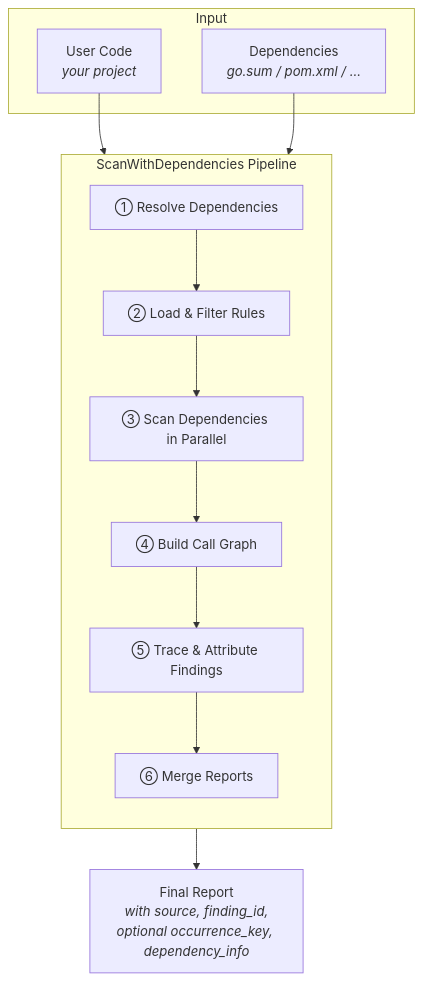
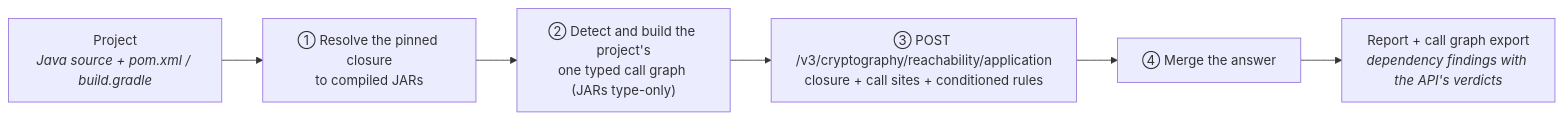
One commit to scanoss/crypto-finder changed the diagram in docs/DEPENDENCY_SCANNING.md. Above: the diagram before and after it, drawn with Mermaid. The commit also changed other lines of this file and 2511 other files, not shown here.

````diff
--- a/docs/DEPENDENCY_SCANNING.md
+++ b/docs/DEPENDENCY_SCANNING.md
@@ -11,24 +11,8 @@
 ```mermaid
-flowchart TB
-    subgraph Input
-        UC[User Code<br/><i>your project</i>]
-        DEP[Dependencies<br/><i>go.sum / pom.xml / ...</i>]
-    end
-
-    subgraph Pipeline["ScanWithDependencies Pipeline"]
-        direction TB
-        S1["① Resolve Dependencies"]
-        S2["② Load & Filter Rules"]
-        S3["③ Scan Dependencies in Parallel"]
-        S4["④ Build Call Graph"]
-        S5["⑤ Trace & Attribute Findings"]
-        S6["⑥ Merge Reports"]
-
-        S1 --> S2 --> S3 --> S4 --> S5 --> S6
-    end
-
-    UC --> S1
-    DEP --> S1
-
-    S6 --> OUT[Final Report<br/><i>with source, finding_id,<br/>optional occurrence_key, dependency_info</i>]
+flowchart LR
+    P[Project<br/><i>Java source + pom.xml / build.gradle</i>] --> R["① Resolve the pinned closure<br/>to compiled JARs"]
+    R --> G["② Detect and build the project's<br/>one typed call graph (JARs type-only)"]
+    G --> Q["③ POST /v3/cryptography/reachability/application<br/>closure + call sites + conditioned rules"]
+    Q --> M["④ Merge the answer"]
+    M --> OUT[Report + call graph export<br/><i>dependency findings with the API's verdicts</i>]
 ```
````
